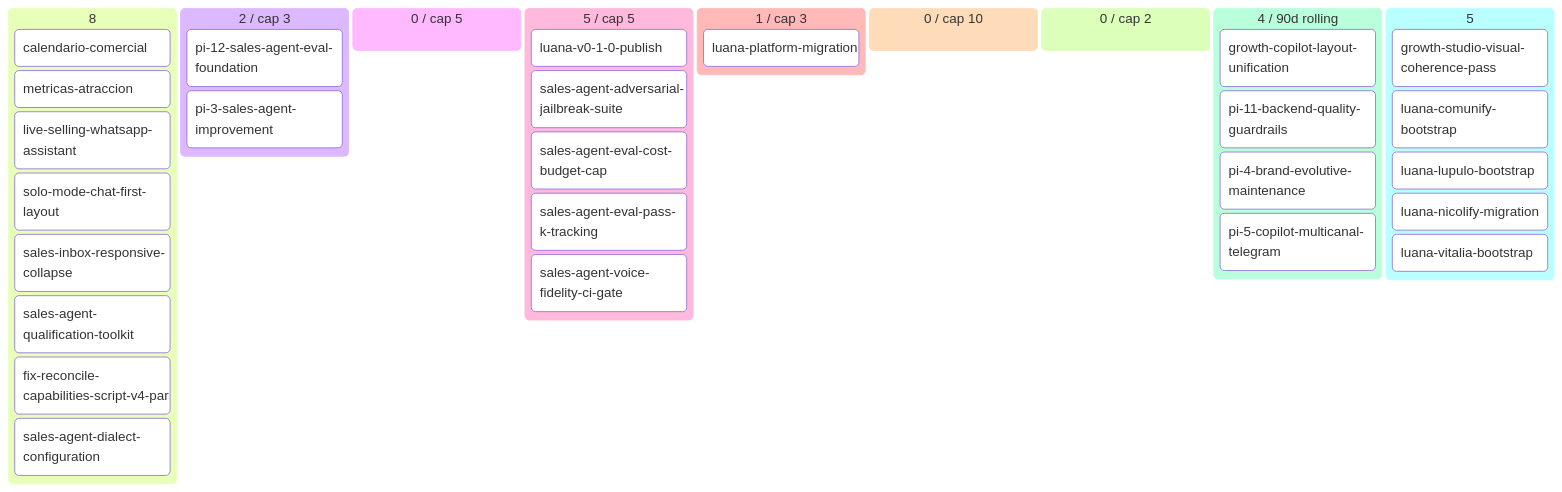
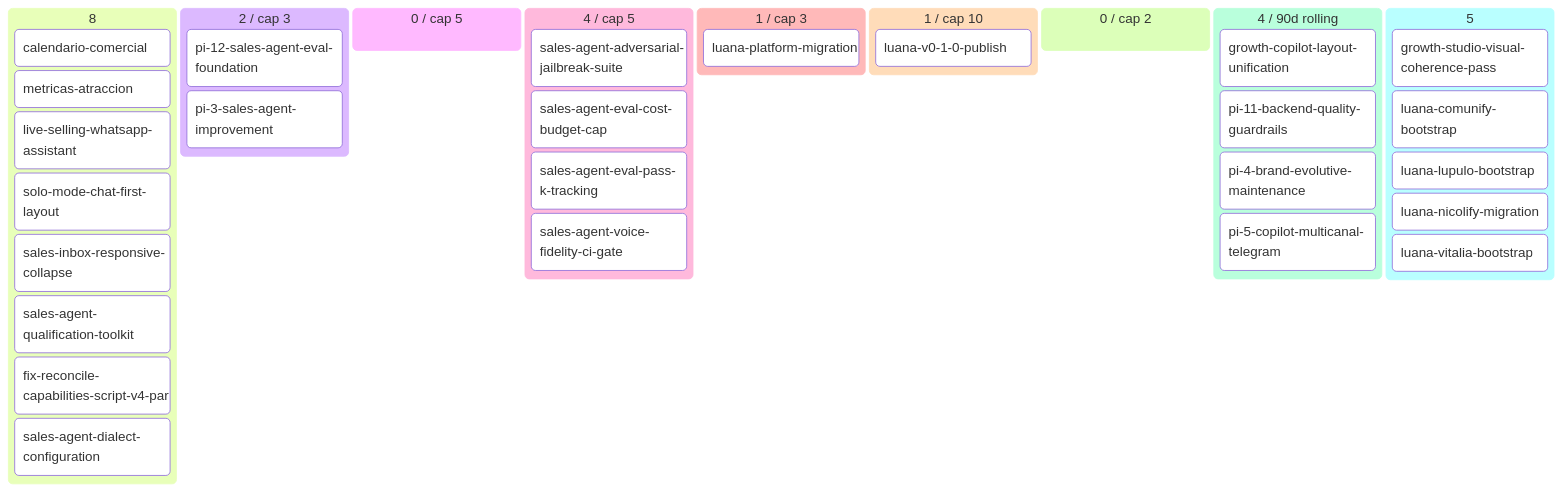
One commit to alpacapurpura/ap_sales_agent changed the diagram in docs/product/BACKLOG.md. Above: the diagram before and after it, drawn with Mermaid. The commit also changed other lines of this file and 7 other files, not shown here.

````diff
--- a/docs/product/BACKLOG.md
+++ b/docs/product/BACKLOG.md
@@ -63,37 +62,37 @@
 ```mermaid
 kanban
   💡 Ideas (8)
     calendario-comercial[calendario-comercial]
     metricas-atraccion[metricas-atraccion]
     live-selling-whatsapp-assistan[live-selling-whatsapp-assistant]
     solo-mode-chat-first-layout[solo-mode-chat-first-layout]
     sales-inbox-responsive-collaps[sales-inbox-responsive-collapse]
     sales-agent-qualification-tool[sales-agent-qualification-toolkit]
     fix-reconcile-capabilities-scr[fix-reconcile-capabilities-script-v4-par]
     sales-agent-dialect-configurat[sales-agent-dialect-configuration]
   🔬 Refining (2 / cap 3)
     pi-12-sales-agent-eval-foundat[pi-12-sales-agent-eval-foundation]
     pi-3-sales-agent-improvement[pi-3-sales-agent-improvement]
   ✅ Refined (0 / cap 5)
-  📦 Ready (5 / cap 5)
-    luana-v0-1-0-publish[luana-v0-1-0-publish]
+  📦 Ready (4 / cap 5)
     sales-agent-adversarial-jailbr[sales-agent-adversarial-jailbreak-suite]
     sales-agent-eval-cost-budget-c[sales-agent-eval-cost-budget-cap]
     sales-agent-eval-pass-k-tracki[sales-agent-eval-pass-k-tracking]
     sales-agent-voice-fidelity-ci-[sales-agent-voice-fidelity-ci-gate]
   🔨 Developing (1 / cap 3)
     luana-platform-migration[luana-platform-migration]
-  🧪 Developed (0 / cap 10)
+  🧪 Developed (1 / cap 10)
+    luana-v0-1-0-publish[luana-v0-1-0-publish]
   🔍 Reviewing (0 / cap 2)
   ✅ Done (4 / 90d rolling)
     growth-copilot-layout-unificat[growth-copilot-layout-unification]
     pi-11-backend-quality-guardrai[pi-11-backend-quality-guardrails]
     pi-4-brand-evolutive-maintenan[pi-4-brand-evolutive-maintenance]
     pi-5-copilot-multicanal-telegr[pi-5-copilot-multicanal-telegram]
   🅿 Parked (5)
     growth-studio-visual-coherence[growth-studio-visual-coherence-pass]
     luana-comunify-bootstrap[luana-comunify-bootstrap]
     luana-lupulo-bootstrap[luana-lupulo-bootstrap]
     luana-nicolify-migration[luana-nicolify-migration]
     luana-vitalia-bootstrap[luana-vitalia-bootstrap]
 ```
````
